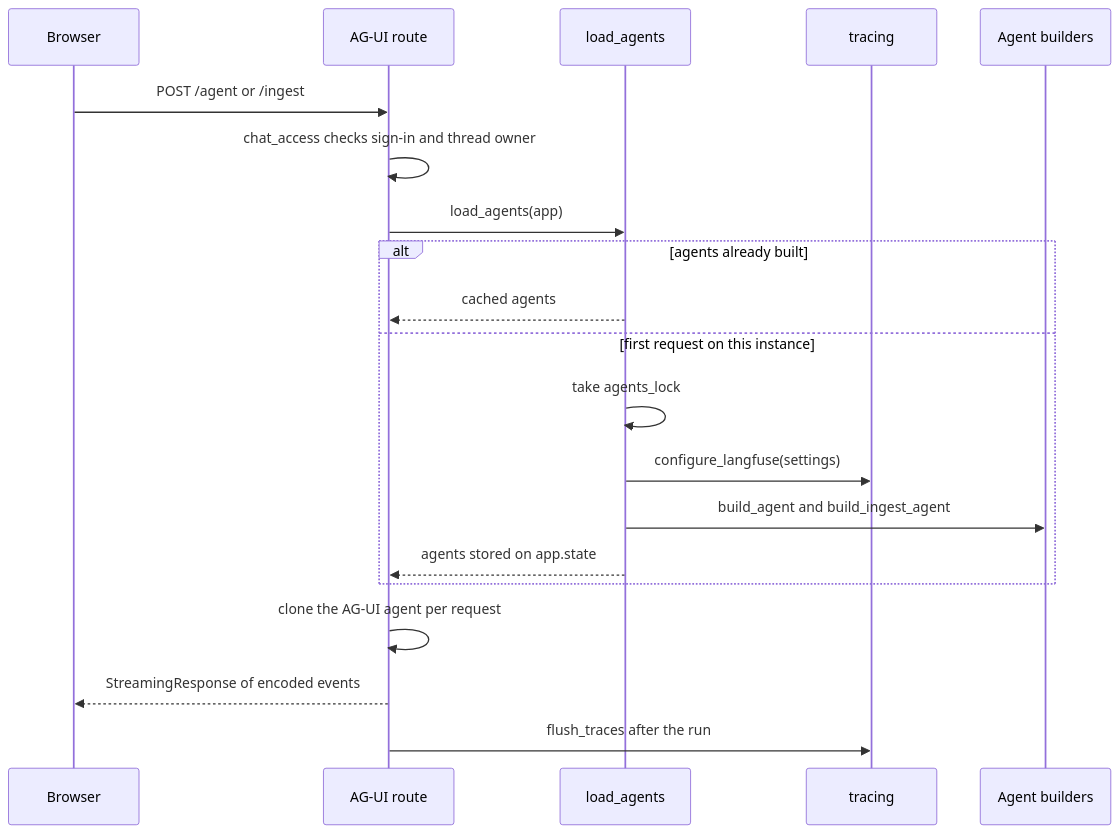
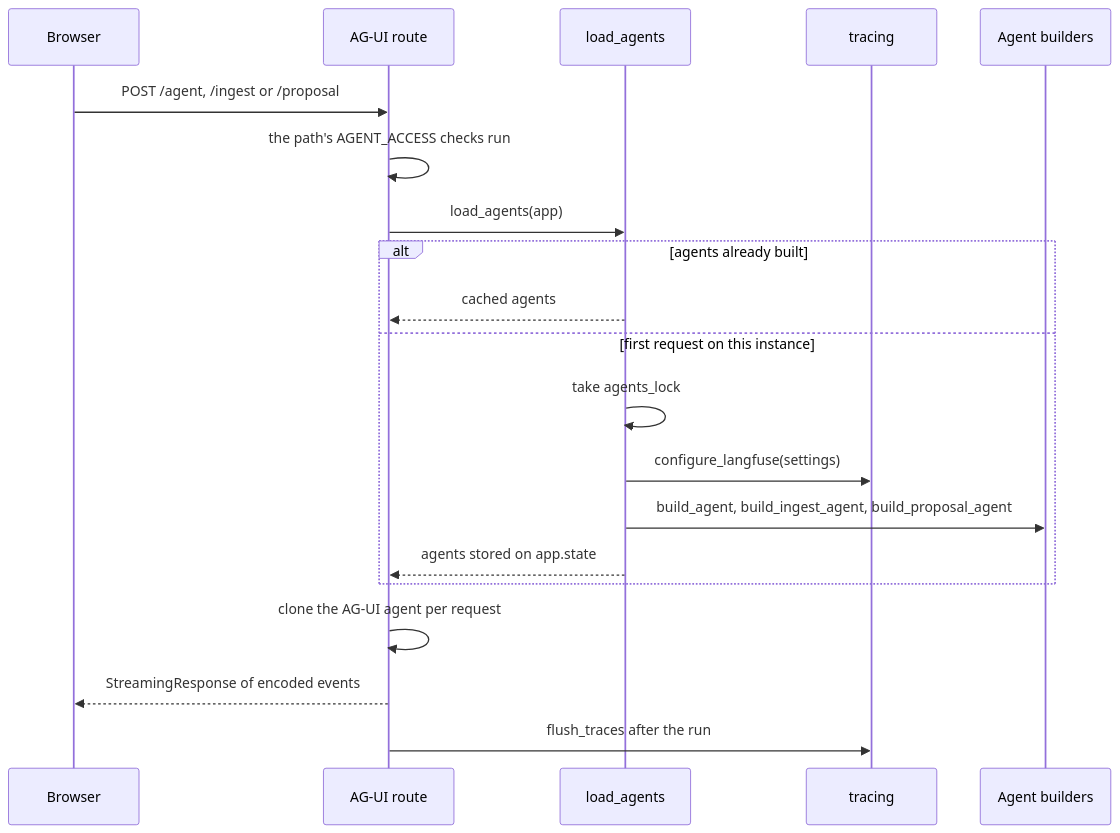
Before and after one commit to project-tech4dev/sangam: the diagram in openwiki/architecture/platform.md, drawn with Mermaid. The commit also changed other lines of this file and 41 other files, not shown here.

````diff
--- a/openwiki/architecture/platform.md
+++ b/openwiki/architecture/platform.md
@@ -146,22 +148,22 @@
 ```mermaid
 sequenceDiagram
     participant B as Browser
     participant R as AG-UI route
     participant L as load_agents
     participant T as tracing
     participant G as Agent builders
-    B->>R: POST /agent or /ingest
-    R->>R: chat_access checks sign-in and thread owner
+    B->>R: POST /agent, /ingest or /proposal
+    R->>R: the path's AGENT_ACCESS checks run
     R->>L: load_agents(app)
     alt agents already built
         L-->>R: cached agents
     else first request on this instance
         L->>L: take agents_lock
         L->>T: configure_langfuse(settings)
-        L->>G: build_agent and build_ingest_agent
+        L->>G: build_agent, build_ingest_agent, build_proposal_agent
         L-->>R: agents stored on app.state
     end
     R->>R: clone the AG-UI agent per request
     R-->>B: StreamingResponse of encoded events
     R->>T: flush_traces after the run
 ```
````
